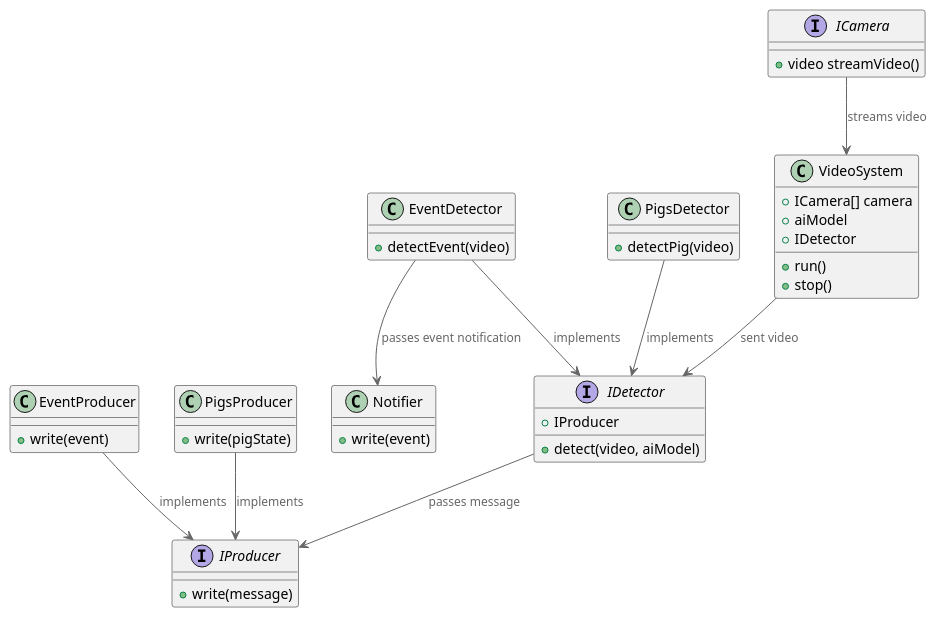
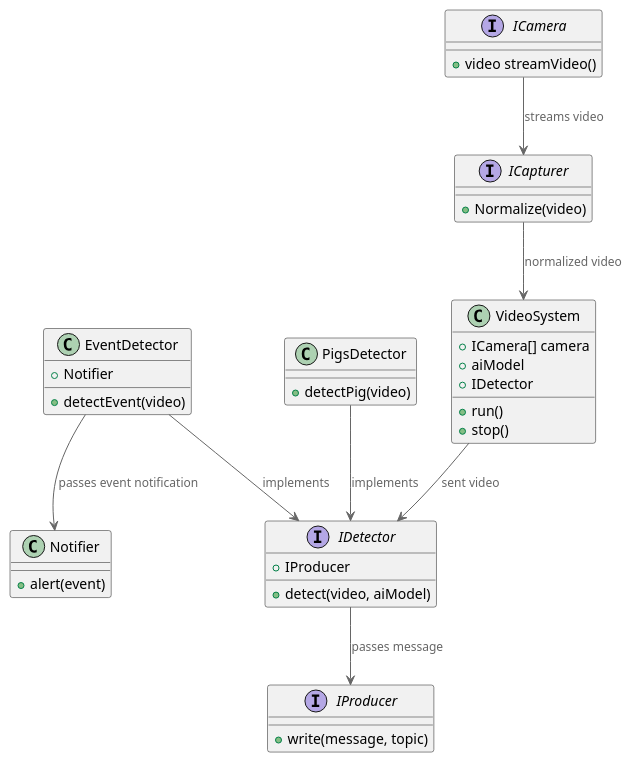
Before and after one commit to mirray/MSA-AgroTech: the diagram in Task3/ATCK_C4_Code_AI_Video_alt.puml, drawn with PlantUML. The commit also changed 3 other files, not shown here.

```diff
--- a/Task3/ATCK_C4_Code_AI_Video_alt.puml
+++ b/Task3/ATCK_C4_Code_AI_Video_alt.puml
@@ -1,44 +1,41 @@
 @startuml Архитектура_АвтоТехноСвиноКомплекс_v1_Events_Video_Analysis_Code_Alt 
 !include <C4/C4_Component>
 class VideoSystem {
         + ICamera[] camera
         + aiModel
         + IDetector
         + run()
         + stop()
     }
 interface ICamera {
         + video streamVideo()
     }
+interface ICapturer {
+            + Normalize(video)
+    }
 interface IDetector {
         + IProducer
         + detect(video, aiModel)
 }
 class EventDetector {
+        + Notifier
         + detectEvent(video)
     }
 class PigsDetector {
         + detectPig(video)
     }
 interface IProducer {
-        + write(message)
+        + write(message, topic)
 }
-class EventProducer {
-        + write(event)
+class Notifier {
+        + alert(event)
     }
-class PigsProducer {
-        + write(pigState)
-    }
-class Notifier {
-        + write(event)
-    }
-
-    ICamera --> VideoSystem : streams video
+    ICamera --> ICapturer : streams video
+    ICapturer --> VideoSystem : normalized video
     VideoSystem --> IDetector : sent video
     IDetector --> IProducer : passes message
     EventDetector --> Notifier : passes event notification
     PigsDetector --> IDetector : implements
     EventDetector --> IDetector : implements
-    EventProducer --> IProducer : implements
-    PigsProducer --> IProducer : implements
+
 @enduml
```
